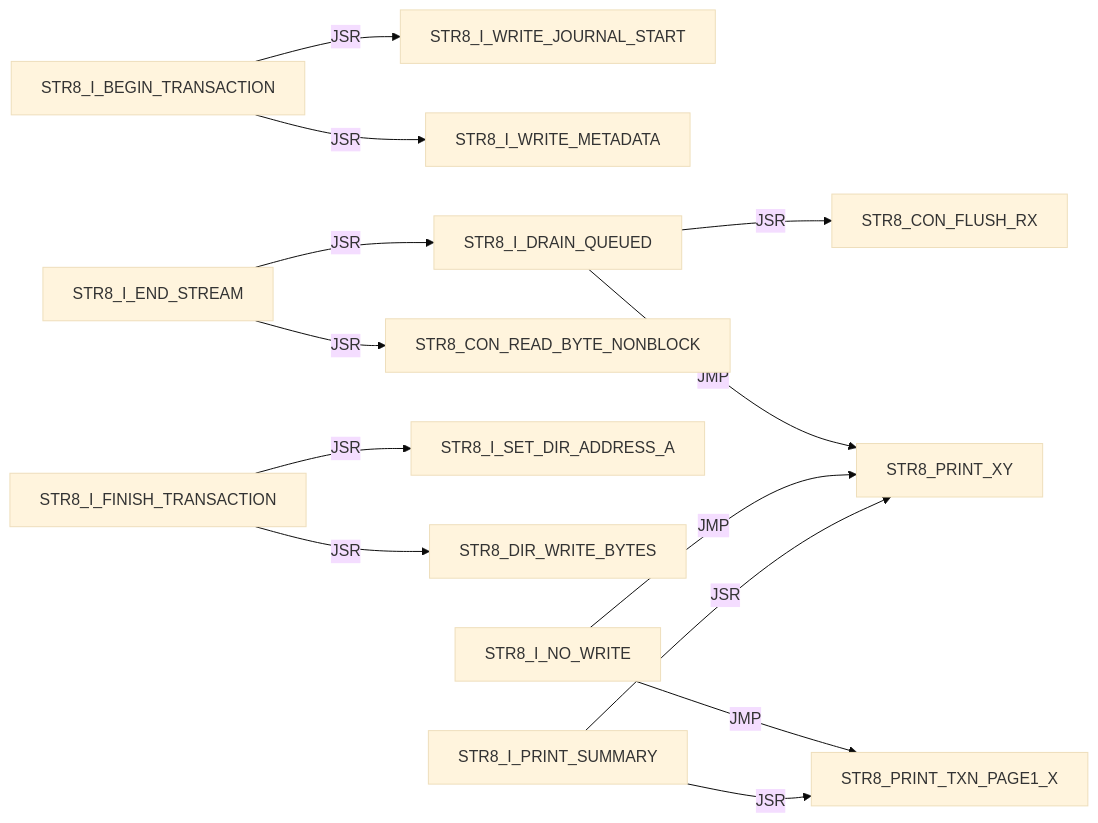
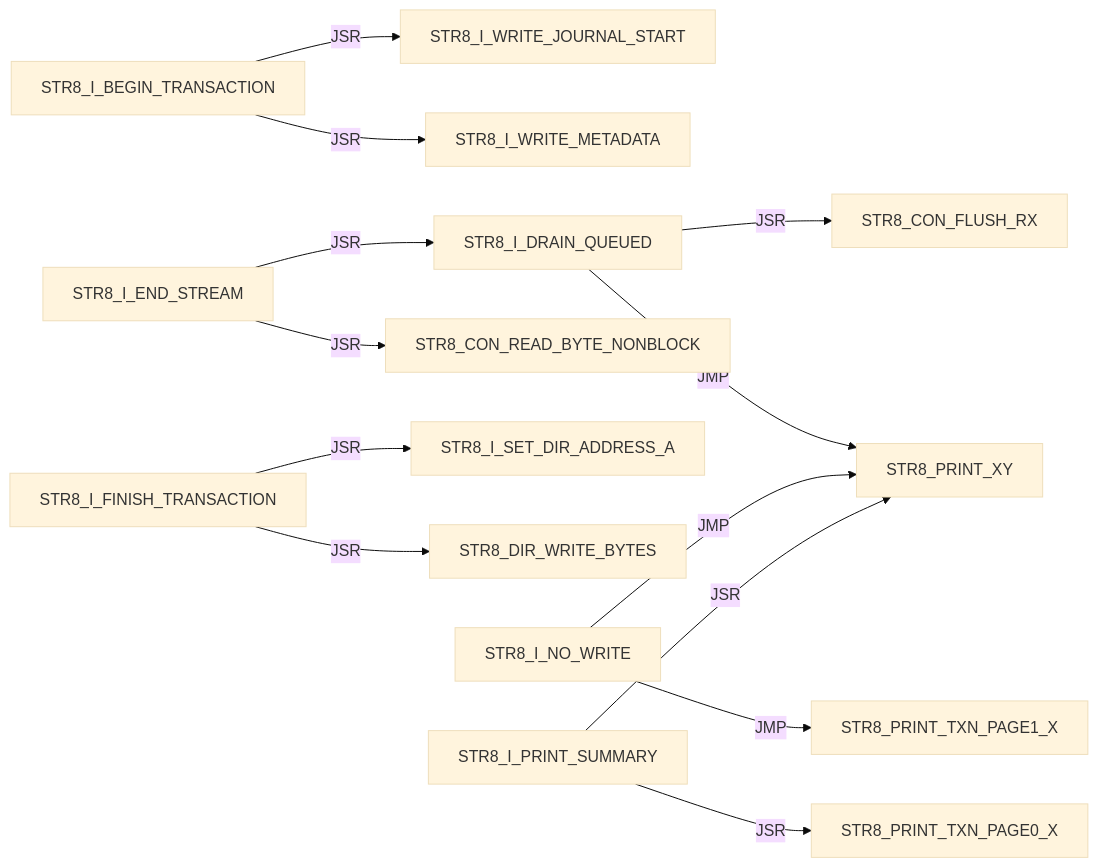
One commit to 95westus/R-YORS changed diagram 15 of 42 in DOC/GUIDES/STR8/STR8_EDGE_DUMP.md. Above: the diagram before and after it, drawn with Mermaid (base theme). The commit also changed other lines of this file and 25 other files, not shown here.

````diff
--- a/DOC/GUIDES/STR8/STR8_EDGE_DUMP.md
+++ b/DOC/GUIDES/STR8/STR8_EDGE_DUMP.md
@@ -210,15 +209,15 @@
 ```mermaid
 flowchart LR
     N0["STR8_I_BEGIN_TRANSACTION"] -->|JSR| N1["STR8_I_WRITE_JOURNAL_START"]
     N0["STR8_I_BEGIN_TRANSACTION"] -->|JSR| N2["STR8_I_WRITE_METADATA"]
     N3["STR8_I_DRAIN_QUEUED"] -->|JSR| N4["STR8_CON_FLUSH_RX"]
     N3["STR8_I_DRAIN_QUEUED"] -->|JMP| N5["STR8_PRINT_XY"]
     N6["STR8_I_END_STREAM"] -->|JSR| N7["STR8_CON_READ_BYTE_NONBLOCK"]
     N6["STR8_I_END_STREAM"] -->|JSR| N3["STR8_I_DRAIN_QUEUED"]
     N8["STR8_I_FINISH_TRANSACTION"] -->|JSR| N9["STR8_I_SET_DIR_ADDRESS_A"]
     N8["STR8_I_FINISH_TRANSACTION"] -->|JSR| N10["STR8_DIR_WRITE_BYTES"]
     N11["STR8_I_NO_WRITE"] -->|JMP| N12["STR8_PRINT_TXN_PAGE1_X"]
     N11["STR8_I_NO_WRITE"] -->|JMP| N5["STR8_PRINT_XY"]
-    N13["STR8_I_PRINT_SUMMARY"] -->|JSR| N12["STR8_PRINT_TXN_PAGE1_X"]
+    N13["STR8_I_PRINT_SUMMARY"] -->|JSR| N14["STR8_PRINT_TXN_PAGE0_X"]
     N13["STR8_I_PRINT_SUMMARY"] -->|JSR| N5["STR8_PRINT_XY"]
 ```
````
